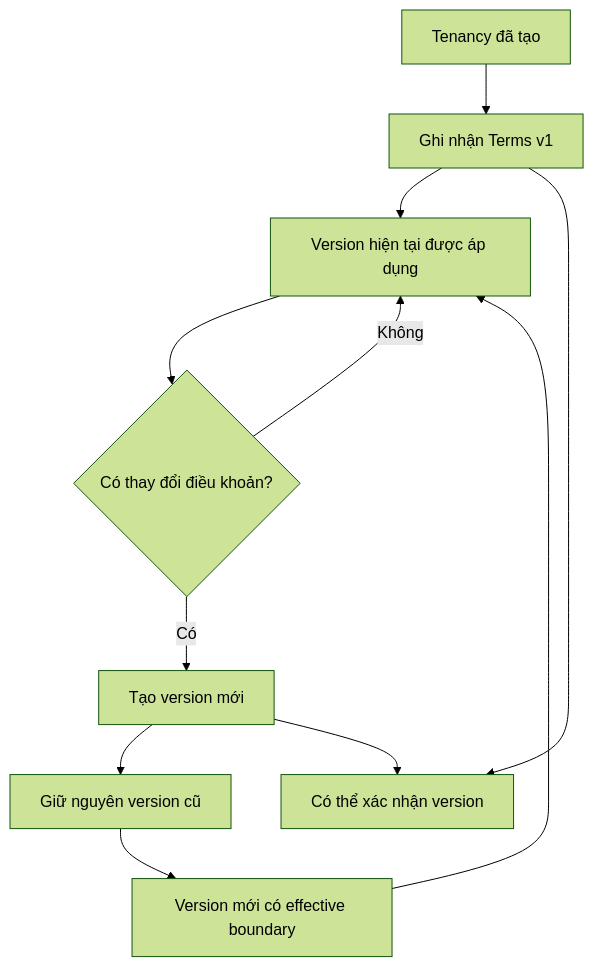
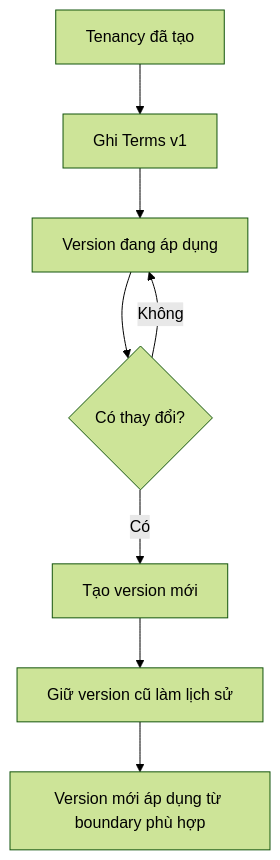
One commit to Danh20100/moibile_app changed the diagram in docs/backlogs/v1/tenancy-terms.md. Above: the diagram before and after it, drawn with Mermaid (forest theme). The commit also changed other lines of this file and 7 other files, not shown here.

````diff
--- a/docs/backlogs/v1/tenancy-terms.md
+++ b/docs/backlogs/v1/tenancy-terms.md
@@ -28,13 +23,10 @@
 ```mermaid
 flowchart TD
-    A["Tenancy đã tạo"] --> B["Ghi nhận Terms v1"]
-    B --> C["Version hiện tại được áp dụng"]
-    C --> D{"Có thay đổi điều khoản?"}
+    A["Tenancy đã tạo"] --> B["Ghi Terms v1"]
+    B --> C["Version đang áp dụng"]
+    C --> D{"Có thay đổi?"}
     D -->|"Không"| C
     D -->|"Có"| E["Tạo version mới"]
-    E --> F["Giữ nguyên version cũ"]
-    F --> G["Version mới có effective boundary"]
-    G --> C
-    B --> H["Có thể xác nhận version"]
-    E --> H
+    E --> F["Giữ version cũ làm lịch sử"]
+    F --> G["Version mới áp dụng từ boundary phù hợp"]
 ```
````
